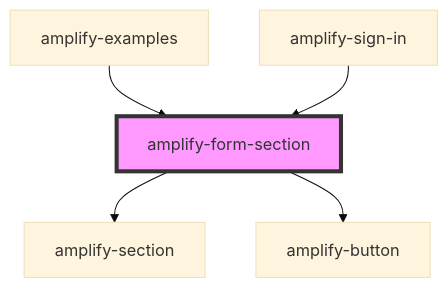
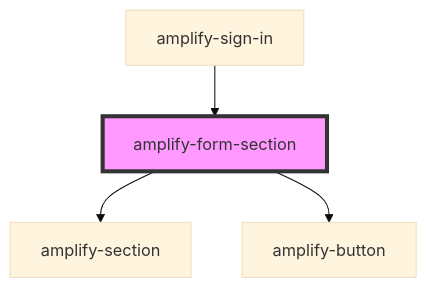
The diagram in packages/amplify-ui-components/src/components/amplify-form-section/readme.md (aws-amplify/amplify-js), drawn with Mermaid (base theme) before and after one commit. The commit also changed other lines of this file and 9 other files, not shown here.

````diff
--- a/packages/amplify-ui-components/src/components/amplify-form-section/readme.md
+++ b/packages/amplify-ui-components/src/components/amplify-form-section/readme.md
@@ -31,8 +30,7 @@
 ```mermaid
 graph TD;
   amplify-form-section --> amplify-section
   amplify-form-section --> amplify-button
-  amplify-examples --> amplify-form-section
   amplify-sign-in --> amplify-form-section
   style amplify-form-section fill:#f9f,stroke:#333,stroke-width:4px
 ```
````
